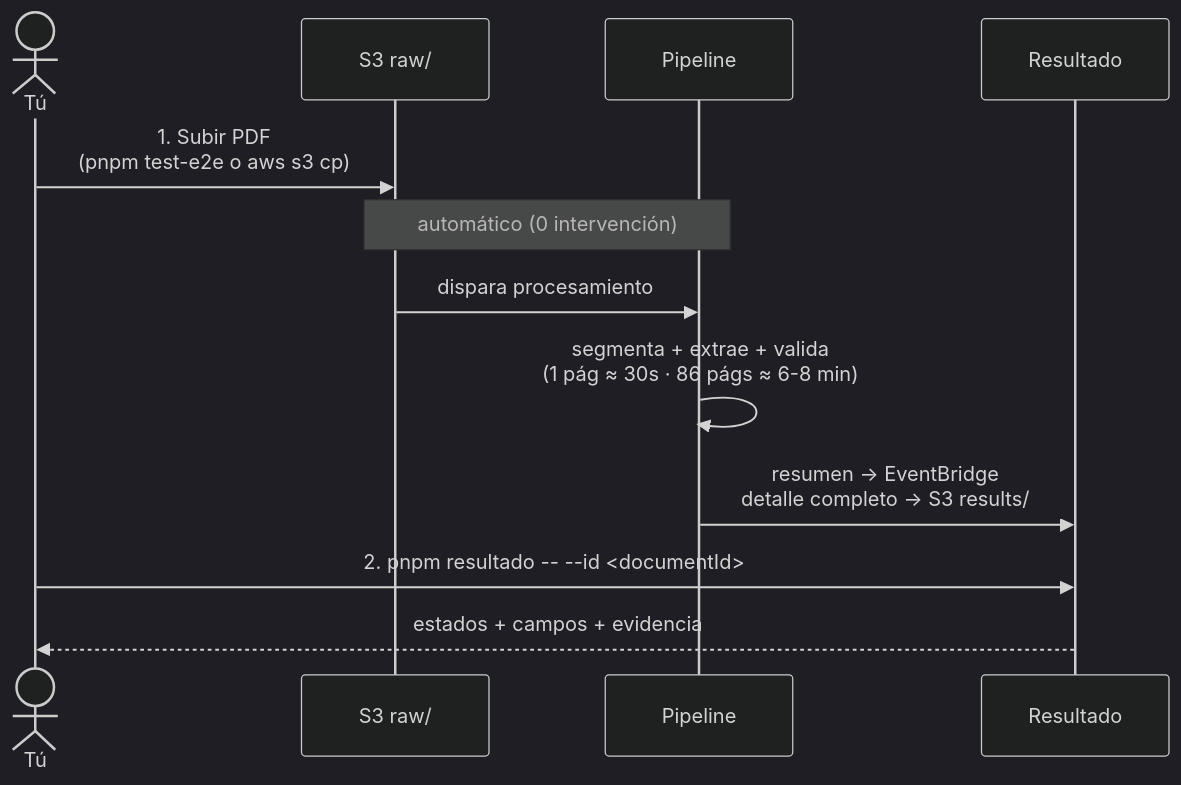
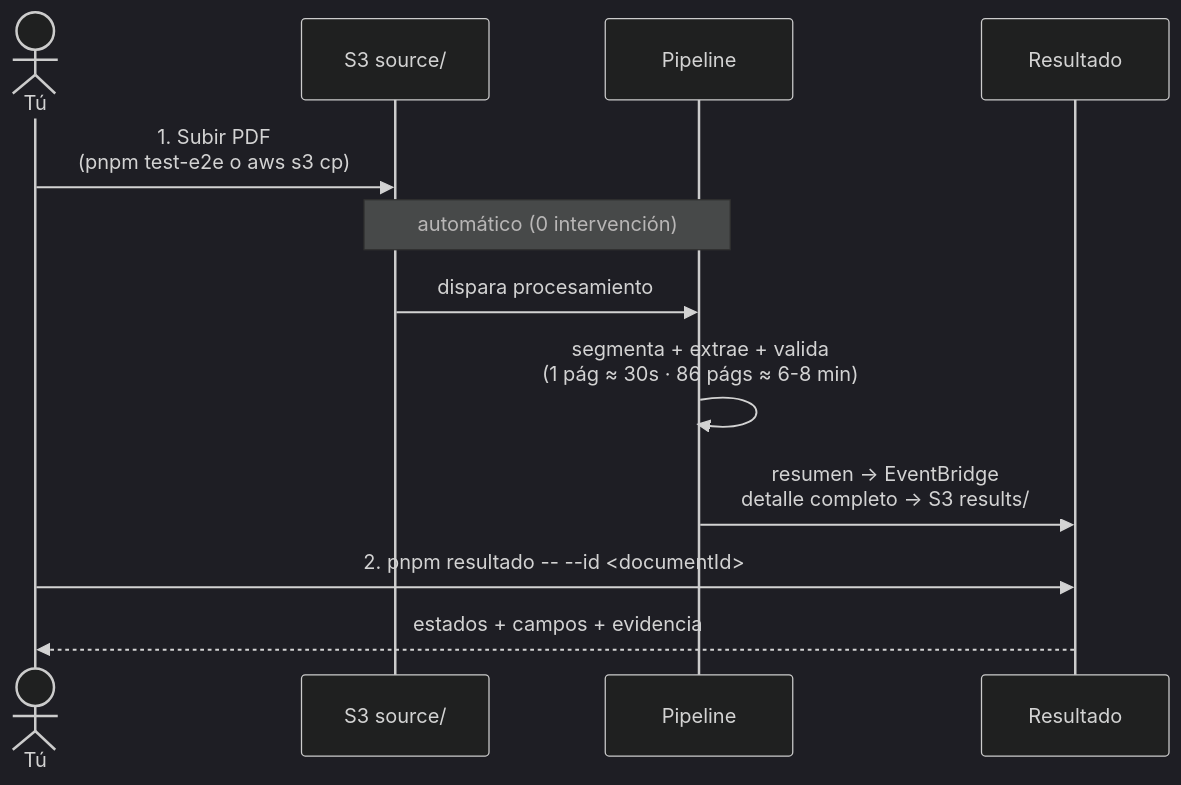
The fifth of 5 diagrams in documentacion/COMO_FUNCIONA.md (LuisHM5/idp), drawn with Mermaid (dark theme) before and after one commit. The commit also changed other lines of this file and 30 other files, not shown here.

Commit message:
Remove outdated diagrams and documentation files related to AWS architecture and execution flow, including .mmd and .png formats, as well as associated CSS styles. This cleanup enhances project maintainability and clarity.

````diff
--- a/documentacion/COMO_FUNCIONA.md
+++ b/documentacion/COMO_FUNCIONA.md
@@ -173,15 +137,15 @@
 ```mermaid
 sequenceDiagram
     actor U as Tú
-    participant S3 as S3 raw/
+    participant S3 as S3 source/
     participant P as Pipeline
     participant R as Resultado
 
     U->>S3: 1. Subir PDF<br/>(pnpm test-e2e o aws s3 cp)
     Note over S3,P: automático (0 intervención)
     S3->>P: dispara procesamiento
     P->>P: segmenta + extrae + valida<br/>(1 pág ≈ 30s · 86 págs ≈ 6-8 min)
     P->>R: resumen → EventBridge<br/>detalle completo → S3 results/
     U->>R: 2. pnpm resultado -- --id <documentId>
     R-->>U: estados + campos + evidencia
 ```
````
